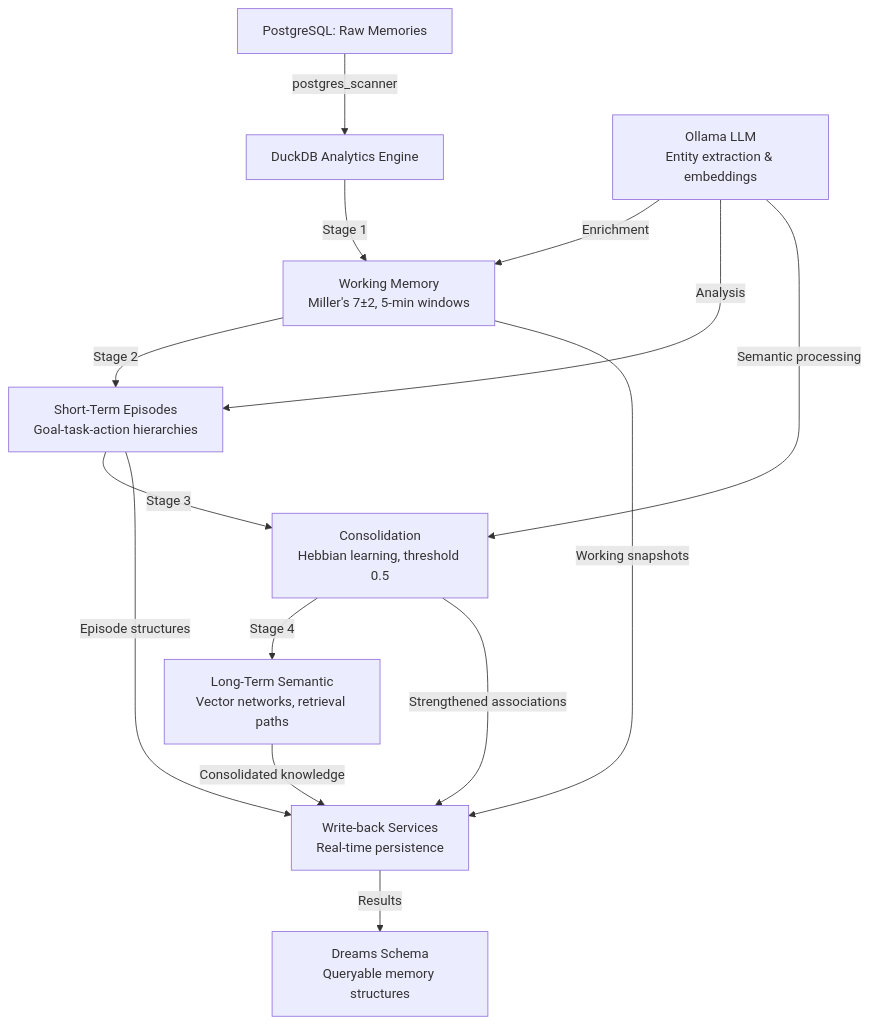
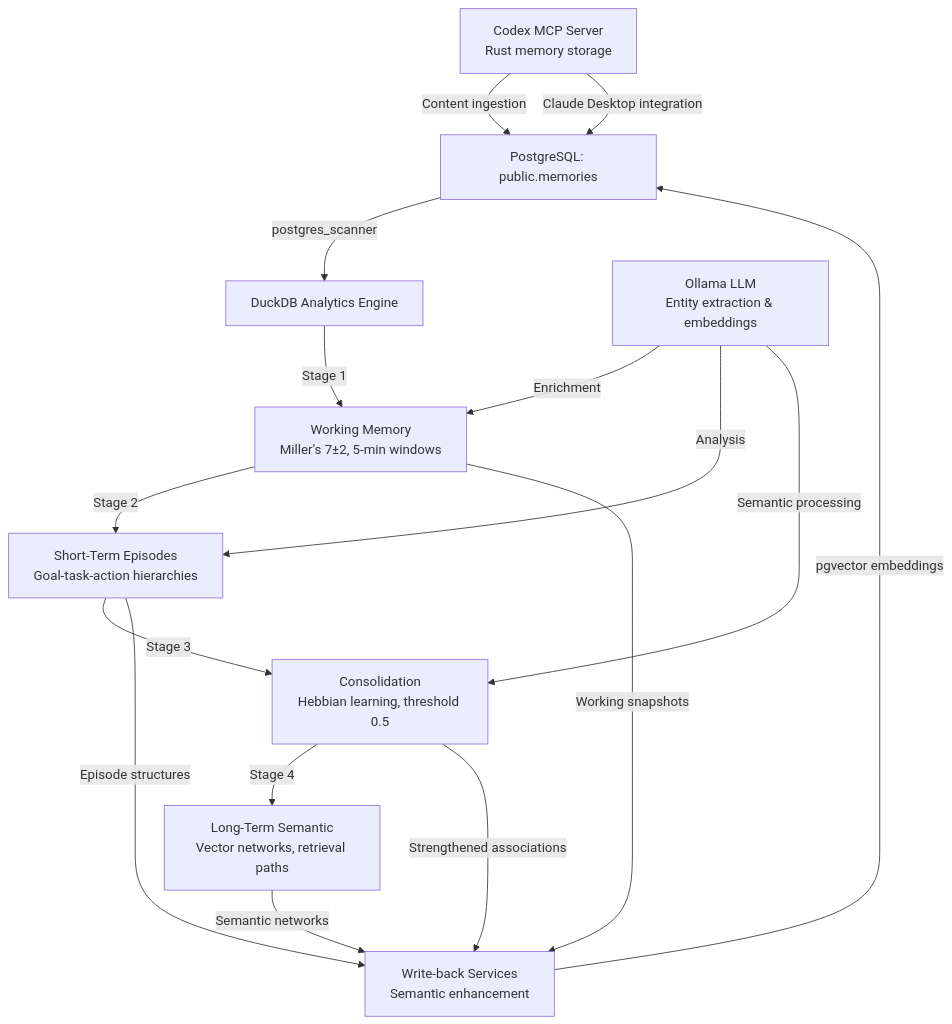
The diagram in README.md (Ladvien/codex-dreams), drawn with Mermaid before and after one commit. The commit also changed other lines of this file and 46 other files, not shown here.

````diff
--- a/README.md
+++ b/README.md
@@ -27,19 +27,22 @@
 ```mermaid
 graph TD
-    A[PostgreSQL: Raw Memories] -->|postgres_scanner| B[DuckDB Analytics Engine]
-    B -->|Stage 1| C[Working Memory<br/>Miller's 7±2, 5-min windows]
-    C -->|Stage 2| D[Short-Term Episodes<br/>Goal-task-action hierarchies]
-    D -->|Stage 3| E[Consolidation<br/>Hebbian learning, threshold 0.5]
-    E -->|Stage 4| F[Long-Term Semantic<br/>Vector networks, retrieval paths]
+    A[Codex MCP Server<br/>Rust memory storage] -->|Content ingestion| B[PostgreSQL: public.memories]
+    A -->|Claude Desktop integration| B
     
-    G[Ollama LLM<br/>Entity extraction & embeddings] -->|Enrichment| C
-    G -->|Analysis| D
-    G -->|Semantic processing| E
+    B -->|postgres_scanner| C[DuckDB Analytics Engine]
+    C -->|Stage 1| D[Working Memory<br/>Miller's 7±2, 5-min windows]
+    D -->|Stage 2| E[Short-Term Episodes<br/>Goal-task-action hierarchies]
+    E -->|Stage 3| F[Consolidation<br/>Hebbian learning, threshold 0.5]
+    F -->|Stage 4| G[Long-Term Semantic<br/>Vector networks, retrieval paths]
     
-    H[Write-back Services<br/>Real-time persistence] -->|Results| I[Dreams Schema<br/>Queryable memory structures]
+    H[Ollama LLM<br/>Entity extraction & embeddings] -->|Enrichment| D
+    H -->|Analysis| E
+    H -->|Semantic processing| F
     
-    F -->|Consolidated knowledge| H
-    E -->|Strengthened associations| H
-    D -->|Episode structures| H
-    C -->|Working snapshots| H
+    I[Write-back Services<br/>Semantic enhancement] -->|pgvector embeddings| B
+    
+    G -->|Semantic networks| I
+    F -->|Strengthened associations| I
+    E -->|Episode structures| I
+    D -->|Working snapshots| I
 ```
````
